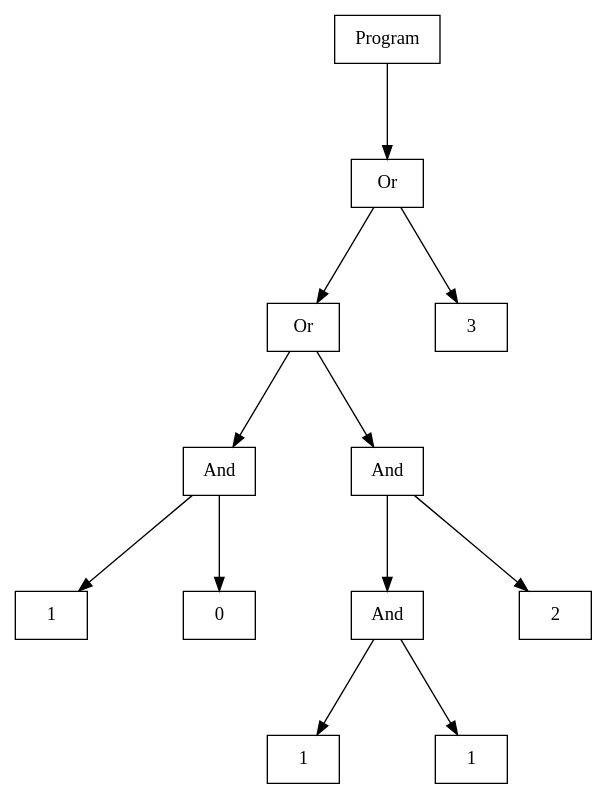
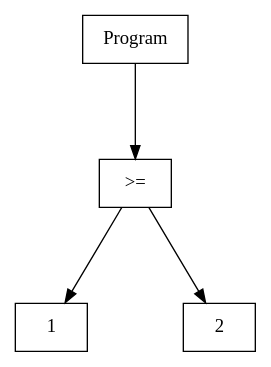
Before and after one commit to fl3ur1nestimable/tiger-compiler: the diagram in out/tree.dot, drawn with Graphviz. The commit also changed 3 other files, not shown here.

```diff
--- a/out/tree.dot
+++ b/out/tree.dot
@@ -1,30 +1,14 @@
 digraph "ast"{
 
 	nodesep=1;
 	ranksep=1;
 
-	N4 [label="1", shape="box"];
-	N5 [label="0", shape="box"];
-	N3 [label="And", shape="box"];
-	N8 [label="1", shape="box"];
-	N9 [label="1", shape="box"];
-	N7 [label="And", shape="box"];
-	N10 [label="2", shape="box"];
-	N6 [label="And", shape="box"];
-	N2 [label="Or", shape="box"];
-	N11 [label="3", shape="box"];
-	N1 [label="Or", shape="box"];
+	N2 [label="1", shape="box"];
+	N3 [label="2", shape="box"];
+	N1 [label=">=", shape="box"];
 	N0 [label="Program", shape="box"];
 
-	N3 -> N5; 
-	N3 -> N4; 
-	N7 -> N9; 
-	N7 -> N8; 
-	N6 -> N10; 
-	N6 -> N7; 
-	N2 -> N6; 
-	N2 -> N3; 
-	N1 -> N11; 
+	N1 -> N3; 
 	N1 -> N2; 
 	N0 -> N1; 
 }
```
